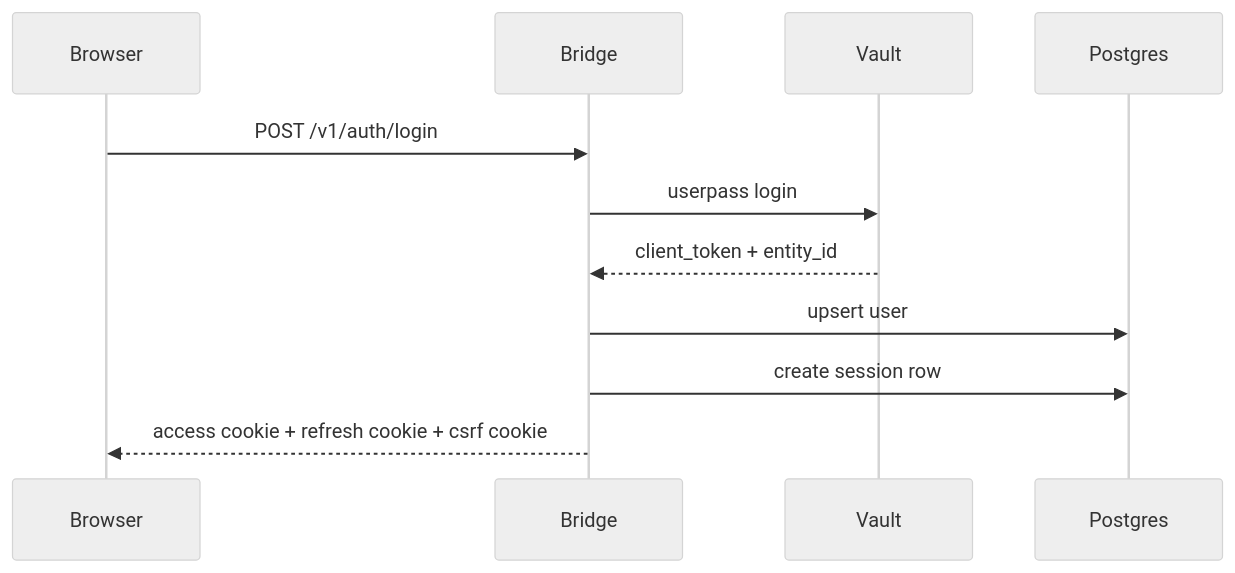
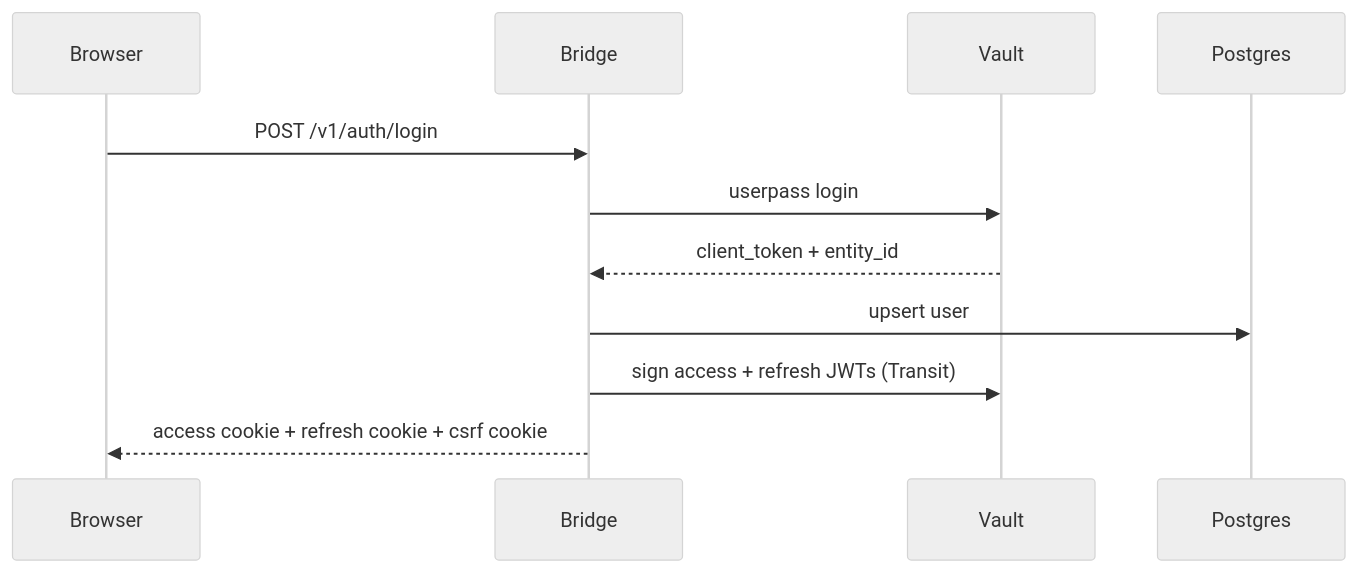
The third of 7 diagrams in src/dialogue_bridge/README.md (konstantinosmpouros/mAgenticX), drawn with Mermaid (neutral theme) before and after one commit. The commit also changed other lines of this file and 29 other files, not shown here.

````diff
--- a/src/dialogue_bridge/README.md
+++ b/src/dialogue_bridge/README.md
@@ -116,14 +116,14 @@
 ```mermaid
 sequenceDiagram
     participant Browser
     participant Bridge
     participant Vault
     participant Postgres
 
     Browser->>Bridge: POST /v1/auth/login
     Bridge->>Vault: userpass login
     Vault-->>Bridge: client_token + entity_id
     Bridge->>Postgres: upsert user
-    Bridge->>Postgres: create session row
+    Bridge->>Vault: sign access + refresh JWTs (Transit)
     Bridge-->>Browser: access cookie + refresh cookie + csrf cookie
 ```
````
